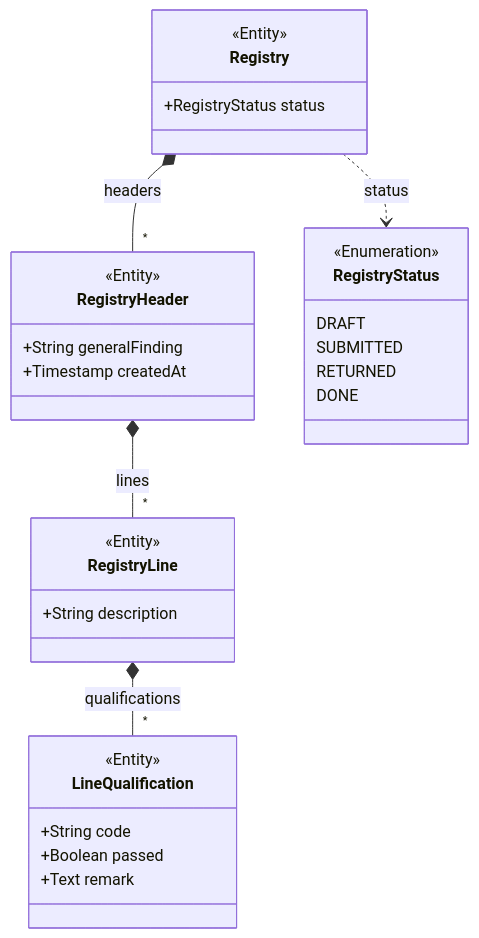
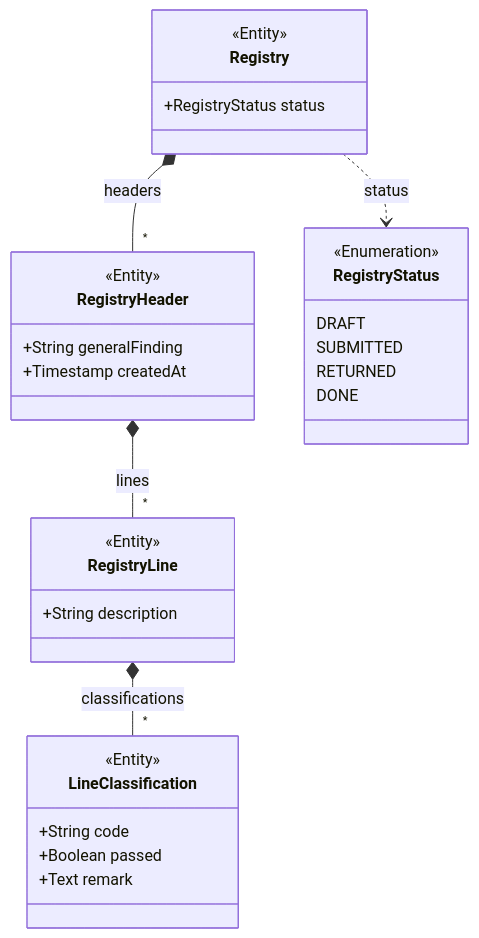
One commit to BlackBeltTechnology/judo-blueprint changed the diagram in catalog/model-blueprints/registry-header-with-lines/model.md. Above: the diagram before and after it, drawn with Mermaid. The commit also changed other lines of this file and 538 other files, not shown here.

````diff
--- a/catalog/model-blueprints/registry-header-with-lines/model.md
+++ b/catalog/model-blueprints/registry-header-with-lines/model.md
@@ -16,33 +16,33 @@
 ```mermaid
 classDiagram
-  class LineQualification {
+  class LineClassification {
     <<Entity>>
     +String code
     +Boolean passed
     +Text remark
   }
   class Registry {
     <<Entity>>
     +RegistryStatus status
   }
   class RegistryHeader {
     <<Entity>>
     +String generalFinding
     +Timestamp createdAt
   }
   class RegistryLine {
     <<Entity>>
     +String description
   }
   class RegistryStatus {
     <<Enumeration>>
     DRAFT
     SUBMITTED
     RETURNED
     DONE
   }
   Registry *-- "*" RegistryHeader : headers
   Registry ..> RegistryStatus : status
   RegistryHeader *-- "*" RegistryLine : lines
-  RegistryLine *-- "*" LineQualification : qualifications
+  RegistryLine *-- "*" LineClassification : classifications
 ```
````
